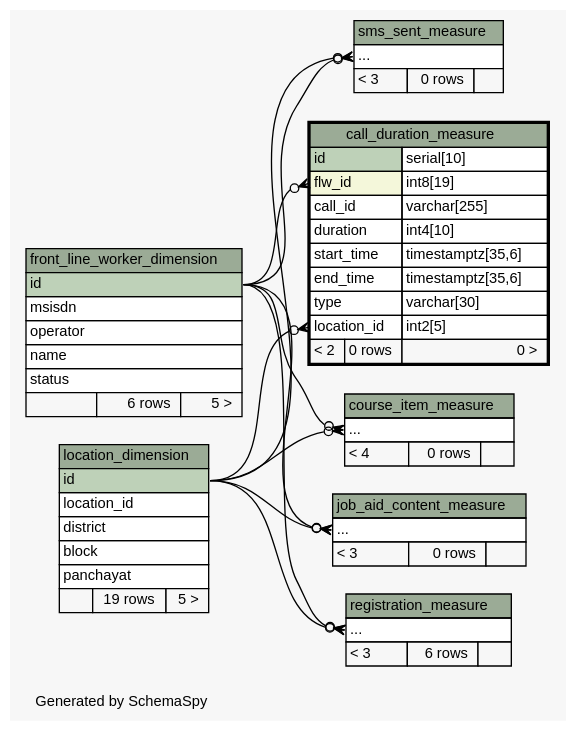
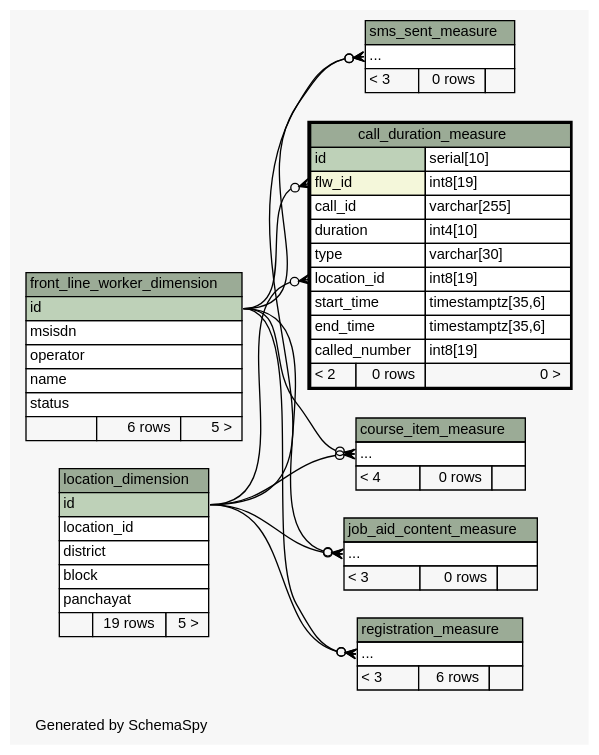
One commit to motech/ananya changed the diagram in ananya-report/build/schemaspy-output/diagrams/call_duration_measure.2degrees.dot. Above: the diagram before and after it, drawn with Graphviz. The commit also changed 72 other files, not shown here.

Commit message:
Pulkit,Sush|#1620|schema changes to include job aid simension and measure tables and schema spy output for the same.

```diff
--- a/ananya-report/build/schemaspy-output/diagrams/call_duration_measure.2degrees.dot
+++ b/ananya-report/build/schemaspy-output/diagrams/call_duration_measure.2degrees.dot
@@ -1,117 +1,118 @@
-// dot 2.26.3 on Linux 2.6.38-11-generic-pae
+// dot 2.28.0 on Mac OS X 10.7.3
 // SchemaSpy rev 590
 digraph "twoDegreesRelationshipsDiagram" {
   graph [
     rankdir="RL"
     bgcolor="#f7f7f7"
     label="\nGenerated by SchemaSpy"
     labeljust="l"
     nodesep="0.18"
     ranksep="0.46"
     fontname="Helvetica"
     fontsize="11"
   ];
   node [
     fontname="Helvetica"
     fontsize="11"
     shape="plaintext"
   ];
   edge [
     arrowsize="0.8"
   ];
   "call_duration_measure":"flw_id":w -> "front_line_worker_dimension":"id":e [arrowhead=none dir=back arrowtail=crowodot];
   "call_duration_measure":"location_id":w -> "location_dimension":"id":e [arrowhead=none dir=back arrowtail=crowodot];
   "course_item_measure":"elipses":w -> "front_line_worker_dimension":"id":e [arrowhead=none dir=back arrowtail=crowodot];
   "course_item_measure":"elipses":w -> "location_dimension":"id":e [arrowhead=none dir=back arrowtail=crowodot];
   "job_aid_content_measure":"elipses":w -> "front_line_worker_dimension":"id":e [arrowhead=none dir=back arrowtail=crowodot];
   "job_aid_content_measure":"elipses":w -> "location_dimension":"id":e [arrowhead=none dir=back arrowtail=crowodot];
   "registration_measure":"elipses":w -> "front_line_worker_dimension":"id":e [arrowhead=none dir=back arrowtail=crowodot];
   "registration_measure":"elipses":w -> "location_dimension":"id":e [arrowhead=none dir=back arrowtail=crowodot];
   "sms_sent_measure":"elipses":w -> "front_line_worker_dimension":"id":e [arrowhead=none dir=back arrowtail=crowodot];
   "sms_sent_measure":"elipses":w -> "location_dimension":"id":e [arrowhead=none dir=back arrowtail=crowodot];
   "call_duration_measure" [
     label=<
     <TABLE BORDER="2" CELLBORDER="1" CELLSPACING="0" BGCOLOR="#ffffff">
       <TR><TD COLSPAN="3" BGCOLOR="#9bab96" ALIGN="CENTER">call_duration_measure</TD></TR>
       <TR><TD PORT="id" COLSPAN="2" BGCOLOR="#bed1b8" ALIGN="LEFT">id</TD><TD PORT="id.type" ALIGN="LEFT">serial[10]</TD></TR>
       <TR><TD PORT="flw_id" COLSPAN="2" BGCOLOR="#f4f7da" ALIGN="LEFT">flw_id</TD><TD PORT="flw_id.type" ALIGN="LEFT">int8[19]</TD></TR>
       <TR><TD PORT="call_id" COLSPAN="2" ALIGN="LEFT">call_id</TD><TD PORT="call_id.type" ALIGN="LEFT">varchar[255]</TD></TR>
       <TR><TD PORT="duration" COLSPAN="2" ALIGN="LEFT">duration</TD><TD PORT="duration.type" ALIGN="LEFT">int4[10]</TD></TR>
+      <TR><TD PORT="type" COLSPAN="2" ALIGN="LEFT">type</TD><TD PORT="type.type" ALIGN="LEFT">varchar[30]</TD></TR>
+      <TR><TD PORT="location_id" COLSPAN="2" ALIGN="LEFT">location_id</TD><TD PORT="location_id.type" ALIGN="LEFT">int8[19]</TD></TR>
       <TR><TD PORT="start_time" COLSPAN="2" ALIGN="LEFT">start_time</TD><TD PORT="start_time.type" ALIGN="LEFT">timestamptz[35,6]</TD></TR>
       <TR><TD PORT="end_time" COLSPAN="2" ALIGN="LEFT">end_time</TD><TD PORT="end_time.type" ALIGN="LEFT">timestamptz[35,6]</TD></TR>
-      <TR><TD PORT="type" COLSPAN="2" ALIGN="LEFT">type</TD><TD PORT="type.type" ALIGN="LEFT">varchar[30]</TD></TR>
-      <TR><TD PORT="location_id" COLSPAN="2" ALIGN="LEFT">location_id</TD><TD PORT="location_id.type" ALIGN="LEFT">int2[5]</TD></TR>
+      <TR><TD PORT="called_number" COLSPAN="2" ALIGN="LEFT">called_number</TD><TD PORT="called_number.type" ALIGN="LEFT">int8[19]</TD></TR>
       <TR><TD ALIGN="LEFT" BGCOLOR="#f7f7f7">&lt; 2</TD><TD ALIGN="RIGHT" BGCOLOR="#f7f7f7">0 rows</TD><TD ALIGN="RIGHT" BGCOLOR="#f7f7f7">0 &gt;</TD></TR>
     </TABLE>>
     URL="call_duration_measure.html"
     tooltip="call_duration_measure"
   ];
   "course_item_measure" [
     label=<
     <TABLE BORDER="0" CELLBORDER="1" CELLSPACING="0" BGCOLOR="#ffffff">
       <TR><TD COLSPAN="3" BGCOLOR="#9bab96" ALIGN="CENTER">course_item_measure</TD></TR>
       <TR><TD PORT="elipses" COLSPAN="3" ALIGN="LEFT">...</TD></TR>
       <TR><TD ALIGN="LEFT" BGCOLOR="#f7f7f7">&lt; 4</TD><TD ALIGN="RIGHT" BGCOLOR="#f7f7f7">0 rows</TD><TD ALIGN="RIGHT" BGCOLOR="#f7f7f7">  </TD></TR>
     </TABLE>>
     URL="course_item_measure.html"
     tooltip="course_item_measure"
   ];
   "front_line_worker_dimension" [
     label=<
     <TABLE BORDER="0" CELLBORDER="1" CELLSPACING="0" BGCOLOR="#ffffff">
       <TR><TD COLSPAN="3" BGCOLOR="#9bab96" ALIGN="CENTER">front_line_worker_dimension</TD></TR>
       <TR><TD PORT="id" COLSPAN="3" BGCOLOR="#bed1b8" ALIGN="LEFT">id</TD></TR>
       <TR><TD PORT="msisdn" COLSPAN="3" ALIGN="LEFT">msisdn</TD></TR>
       <TR><TD PORT="operator" COLSPAN="3" ALIGN="LEFT">operator</TD></TR>
       <TR><TD PORT="name" COLSPAN="3" ALIGN="LEFT">name</TD></TR>
       <TR><TD PORT="status" COLSPAN="3" ALIGN="LEFT">status</TD></TR>
       <TR><TD ALIGN="LEFT" BGCOLOR="#f7f7f7">  </TD><TD ALIGN="RIGHT" BGCOLOR="#f7f7f7">6 rows</TD><TD ALIGN="RIGHT" BGCOLOR="#f7f7f7">5 &gt;</TD></TR>
     </TABLE>>
     URL="front_line_worker_dimension.html"
     tooltip="front_line_worker_dimension"
   ];
   "job_aid_content_measure" [
     label=<
     <TABLE BORDER="0" CELLBORDER="1" CELLSPACING="0" BGCOLOR="#ffffff">
       <TR><TD COLSPAN="3" BGCOLOR="#9bab96" ALIGN="CENTER">job_aid_content_measure</TD></TR>
       <TR><TD PORT="elipses" COLSPAN="3" ALIGN="LEFT">...</TD></TR>
       <TR><TD ALIGN="LEFT" BGCOLOR="#f7f7f7">&lt; 3</TD><TD ALIGN="RIGHT" BGCOLOR="#f7f7f7">0 rows</TD><TD ALIGN="RIGHT" BGCOLOR="#f7f7f7">  </TD></TR>
     </TABLE>>
     URL="job_aid_content_measure.html"
     tooltip="job_aid_content_measure"
   ];
   "location_dimension" [
     label=<
     <TABLE BORDER="0" CELLBORDER="1" CELLSPACING="0" BGCOLOR="#ffffff">
       <TR><TD COLSPAN="3" BGCOLOR="#9bab96" ALIGN="CENTER">location_dimension</TD></TR>
       <TR><TD PORT="id" COLSPAN="3" BGCOLOR="#bed1b8" ALIGN="LEFT">id</TD></TR>
       <TR><TD PORT="location_id" COLSPAN="3" ALIGN="LEFT">location_id</TD></TR>
       <TR><TD PORT="district" COLSPAN="3" ALIGN="LEFT">district</TD></TR>
       <TR><TD PORT="block" COLSPAN="3" ALIGN="LEFT">block</TD></TR>
       <TR><TD PORT="panchayat" COLSPAN="3" ALIGN="LEFT">panchayat</TD></TR>
       <TR><TD ALIGN="LEFT" BGCOLOR="#f7f7f7">  </TD><TD ALIGN="RIGHT" BGCOLOR="#f7f7f7">19 rows</TD><TD ALIGN="RIGHT" BGCOLOR="#f7f7f7">5 &gt;</TD></TR>
     </TABLE>>
     URL="location_dimension.html"
     tooltip="location_dimension"
   ];
   "registration_measure" [
     label=<
     <TABLE BORDER="0" CELLBORDER="1" CELLSPACING="0" BGCOLOR="#ffffff">
       <TR><TD COLSPAN="3" BGCOLOR="#9bab96" ALIGN="CENTER">registration_measure</TD></TR>
       <TR><TD PORT="elipses" COLSPAN="3" ALIGN="LEFT">...</TD></TR>
       <TR><TD ALIGN="LEFT" BGCOLOR="#f7f7f7">&lt; 3</TD><TD ALIGN="RIGHT" BGCOLOR="#f7f7f7">6 rows</TD><TD ALIGN="RIGHT" BGCOLOR="#f7f7f7">  </TD></TR>
     </TABLE>>
     URL="registration_measure.html"
     tooltip="registration_measure"
   ];
   "sms_sent_measure" [
     label=<
     <TABLE BORDER="0" CELLBORDER="1" CELLSPACING="0" BGCOLOR="#ffffff">
       <TR><TD COLSPAN="3" BGCOLOR="#9bab96" ALIGN="CENTER">sms_sent_measure</TD></TR>
       <TR><TD PORT="elipses" COLSPAN="3" ALIGN="LEFT">...</TD></TR>
       <TR><TD ALIGN="LEFT" BGCOLOR="#f7f7f7">&lt; 3</TD><TD ALIGN="RIGHT" BGCOLOR="#f7f7f7">0 rows</TD><TD ALIGN="RIGHT" BGCOLOR="#f7f7f7">  </TD></TR>
     </TABLE>>
     URL="sms_sent_measure.html"
     tooltip="sms_sent_measure"
   ];
 }
```
